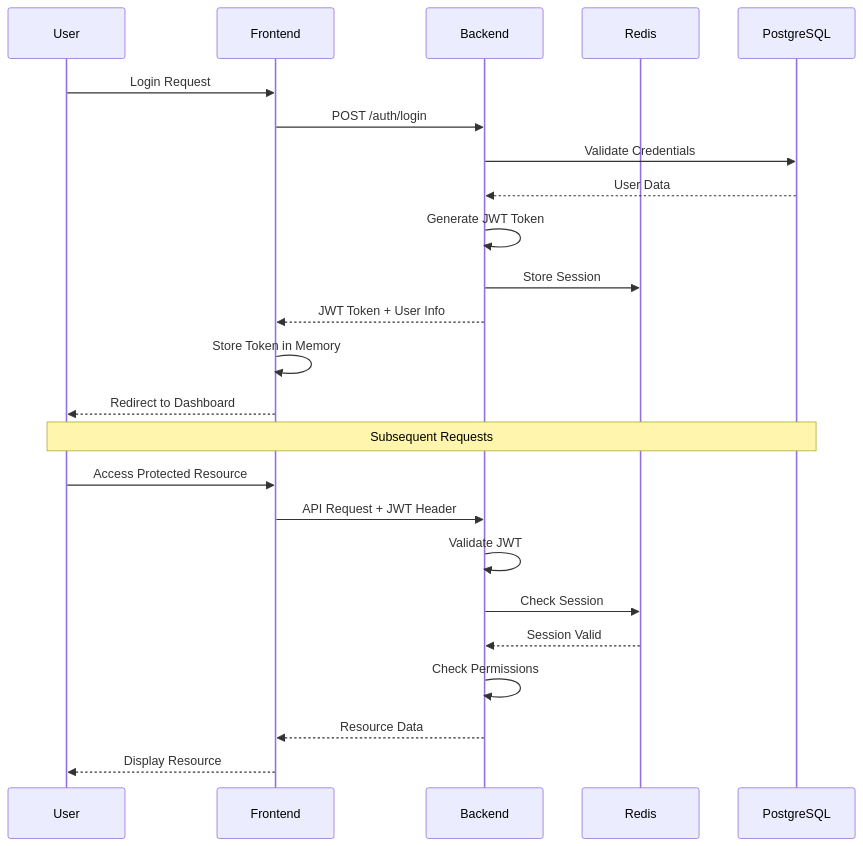
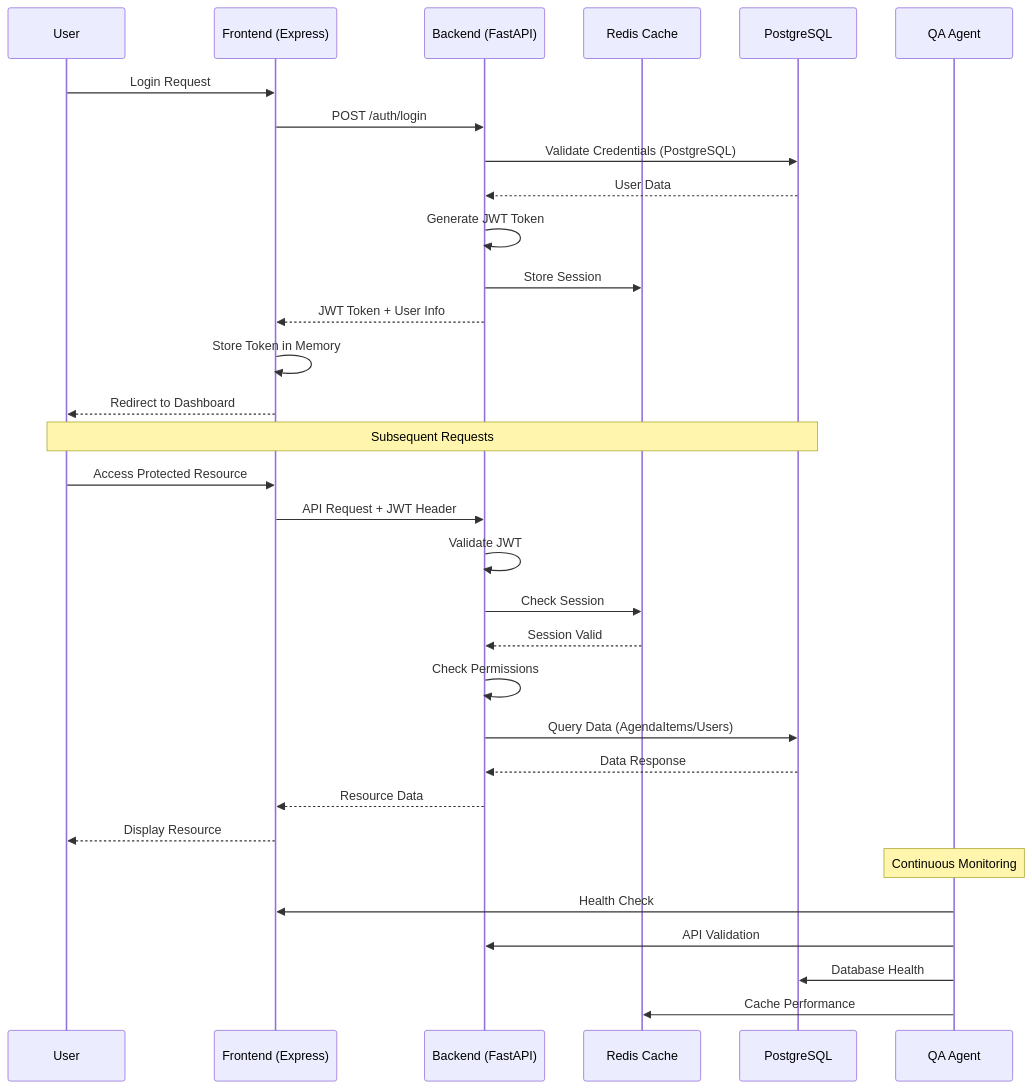
The sixth of 7 diagrams in docs/architecture-diagram.md (Ara-Alexandrian/DoR-Dash), drawn with Mermaid before and after one commit. The commit also changed other lines of this file and 12 other files, not shown here.

````diff
--- a/docs/architecture-diagram.md
+++ b/docs/architecture-diagram.md
@@ -297,29 +350,39 @@
 ```mermaid
 sequenceDiagram
     participant U as User
-    participant F as Frontend
-    participant B as Backend
-    participant R as Redis
+    participant F as Frontend (Express)
+    participant B as Backend (FastAPI)
+    participant R as Redis Cache
     participant DB as PostgreSQL
+    participant QA as QA Agent
 
     U->>F: Login Request
     F->>B: POST /auth/login
-    B->>DB: Validate Credentials
+    B->>DB: Validate Credentials (PostgreSQL)
     DB-->>B: User Data
     B->>B: Generate JWT Token
     B->>R: Store Session
     B-->>F: JWT Token + User Info
     F->>F: Store Token in Memory
     F-->>U: Redirect to Dashboard
 
     Note over U,DB: Subsequent Requests
 
     U->>F: Access Protected Resource
     F->>B: API Request + JWT Header
     B->>B: Validate JWT
     B->>R: Check Session
     R-->>B: Session Valid
     B->>B: Check Permissions
+    B->>DB: Query Data (AgendaItems/Users)
+    DB-->>B: Data Response
     B-->>F: Resource Data
     F-->>U: Display Resource
+
+    Note over QA: Continuous Monitoring
+
+    QA->>F: Health Check
+    QA->>B: API Validation
+    QA->>DB: Database Health
+    QA->>R: Cache Performance
 ```
````
